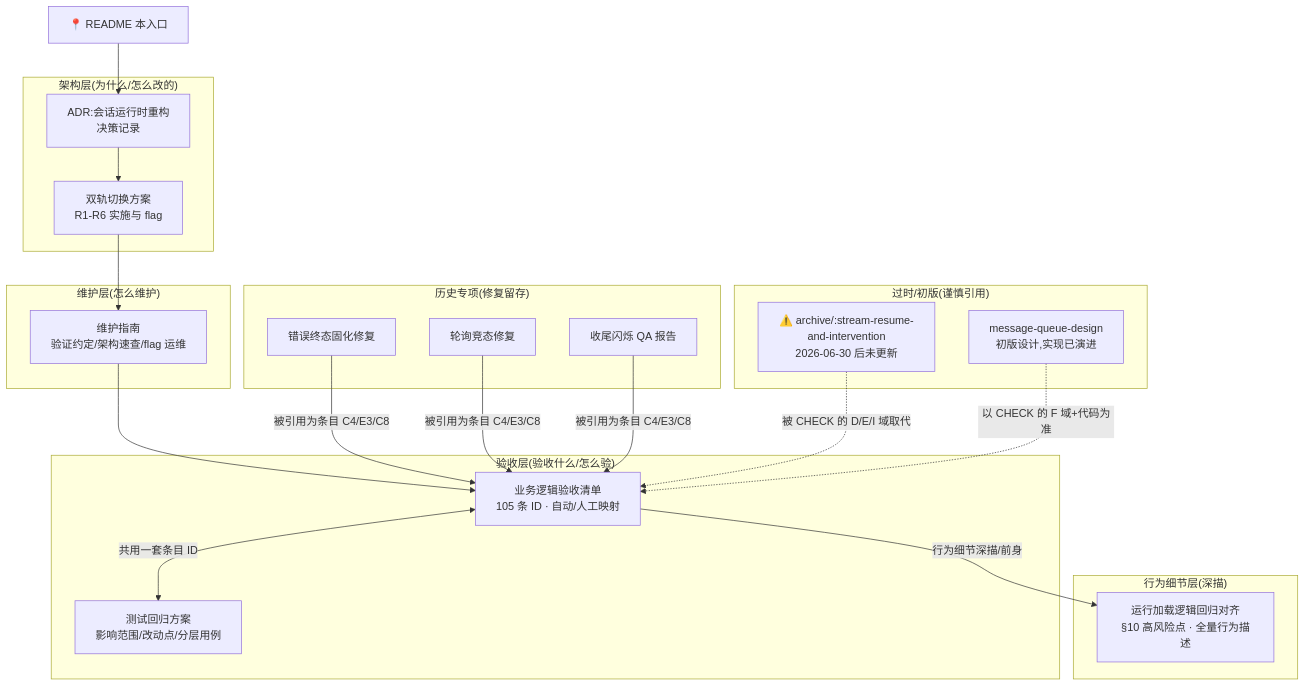
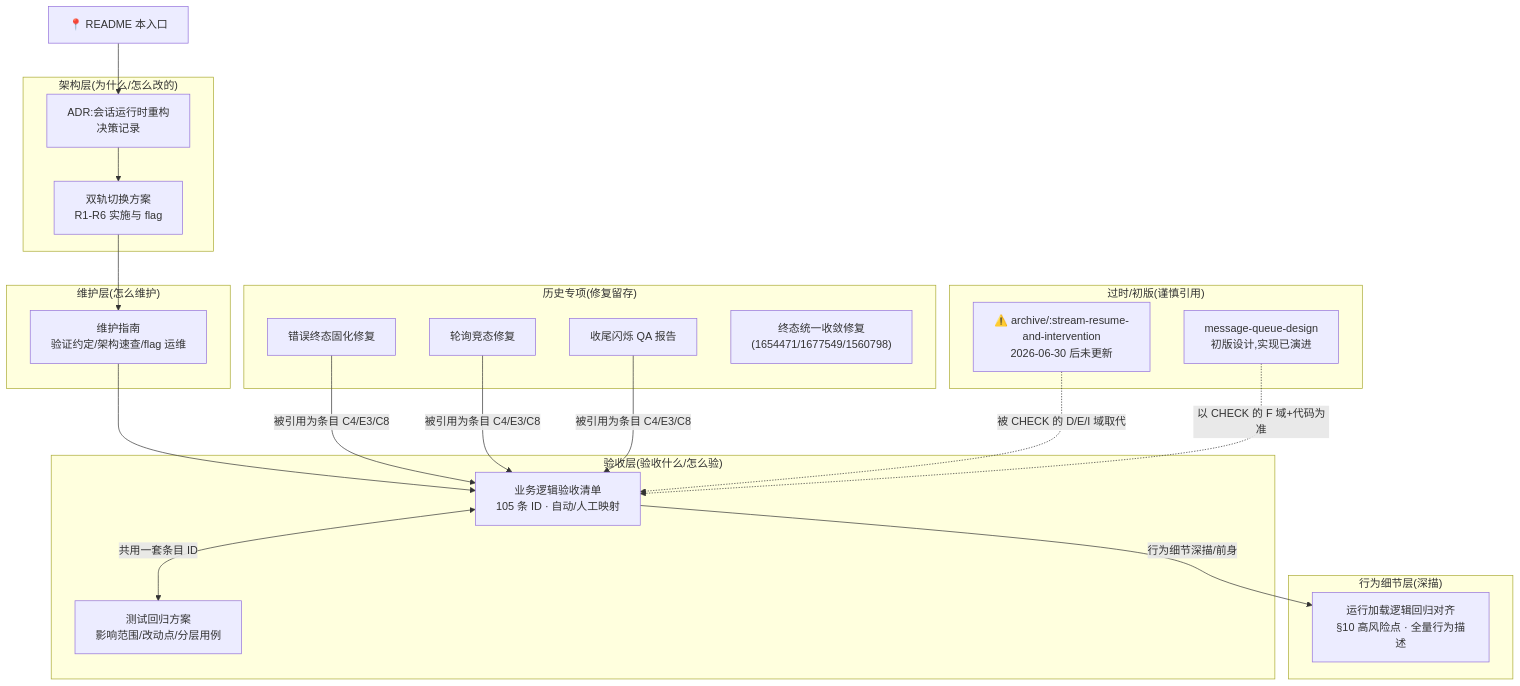
One commit to nuwax-ai/nuwax changed the diagram in docs/conversation/README.md. Above: the diagram before and after it, drawn with Mermaid. The commit also changed other lines of this file and 2 other files, not shown here.

Commit message:
chore(conversation): 移植日志清理至 features 版恢复 hook，文档归位 conversation 目录
cherry-pick 自 feat-2026.7.31 的四个修复 commit 只清了组件目录版
useConversationStreamResume（本分支无生产引用的死副本）；生产实际引用
的 features/conversation/react 版仍 import 已删除的
conversationPollingDiagnostics，构建已断。同款清理移植到活副本
（含 getSnapshotOutcome 辅助函数随日志一并移除），修复文档移入
docs/conversation/ 并登记 README 索引（F4）。

````diff
--- a/docs/conversation/README.md
+++ b/docs/conversation/README.md
@@ -15,40 +15,41 @@
 ```mermaid
 graph TD
     IDX["📍 README 本入口"]
 
     subgraph ARCH["架构层(为什么/怎么改的)"]
         ADR["ADR:会话运行时重构<br/>决策记录"]
         PLAN["双轨切换方案<br/>R1-R6 实施与 flag"]
     end
 
     subgraph OPS["维护层(怎么维护)"]
         GUIDE["维护指南<br/>验证约定/架构速查/flag 运维"]
     end
 
     subgraph ACCEPT["验收层(验收什么/怎么验)"]
         CHECK["业务逻辑验收清单<br/>105 条 ID · 自动/人工映射"]
         QA["测试回归方案<br/>影响范围/改动点/分层用例"]
     end
 
     subgraph DETAIL["行为细节层(深描)"]
         REG["运行加载逻辑回归对齐<br/>§10 高风险点 · 全量行为描述"]
     end
 
     subgraph FIX["历史专项(修复留存)"]
         F1["错误终态固化修复"]
         F2["轮询竞态修复"]
         F3["收尾闪烁 QA 报告"]
+        F4["终态统一收敛修复<br/>(1654471/1677549/1560798)"]
     end
 
     subgraph STALE["过时/初版(谨慎引用)"]
         S1["⚠️ archive/:stream-resume-and-intervention<br/>2026-06-30 后未更新"]
         S2["message-queue-design<br/>初版设计,实现已演进"]
     end
 
     IDX --> ADR --> PLAN --> GUIDE
     GUIDE --> CHECK <-->|"共用一套条目 ID"| QA
     CHECK -->|"行为细节深描/前身"| REG
     F1 & F2 & F3 -->|"被引用为条目 C4/E3/C8"| CHECK
     S1 -.->|"被 CHECK 的 D/E/I 域取代"| CHECK
     S2 -.->|"以 CHECK 的 F 域+代码为准"| CHECK
 ```
````
